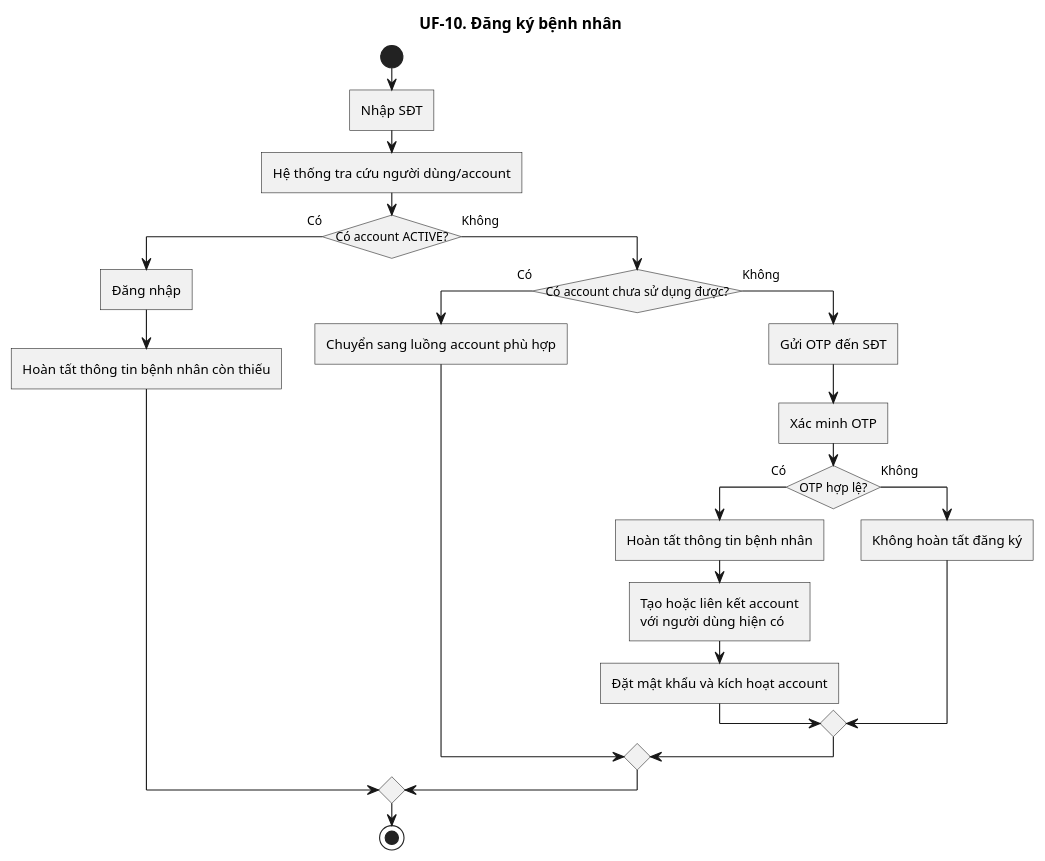
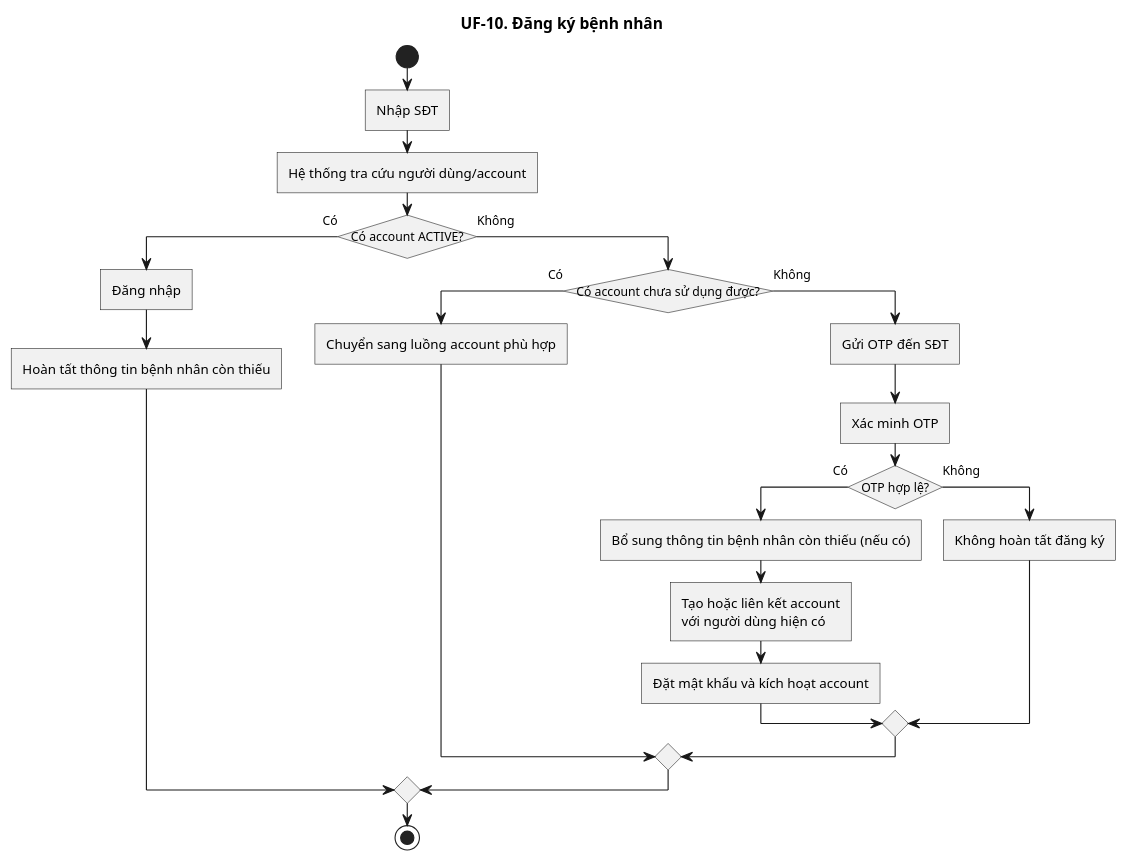
Before and after one commit to KhaVan-oi/ViClinic: the diagram in doc/user-flow/10-dang-ky-benh-nhan.puml, drawn with PlantUML. The commit also changed 6 other files, not shown here.

```diff
--- a/doc/user-flow/10-dang-ky-benh-nhan.puml
+++ b/doc/user-flow/10-dang-ky-benh-nhan.puml
@@ -1,31 +1,31 @@
 @startuml
 title UF-10. Đăng ký bệnh nhân
 skinparam linetype ortho
 skinparam shadowing false
 skinparam roundcorner 0
 skinparam conditionStyle InsideDiamond
 skinparam conditionEndStyle diamond
 start
 :Nhập SĐT;
 :Hệ thống tra cứu người dùng/account;
 if (Có account ACTIVE?) then (Có)
   :Đăng nhập;
   :Hoàn tất thông tin bệnh nhân còn thiếu;
 else (Không)
   if (Có account chưa sử dụng được?) then (Có)
     :Chuyển sang luồng account phù hợp;
   else (Không)
     :Gửi OTP đến SĐT;
     :Xác minh OTP;
     if (OTP hợp lệ?) then (Có)
-      :Hoàn tất thông tin bệnh nhân;
+      :Bổ sung thông tin bệnh nhân còn thiếu (nếu có);
       :Tạo hoặc liên kết account
 với người dùng hiện có;
       :Đặt mật khẩu và kích hoạt account;
     else (Không)
       :Không hoàn tất đăng ký;
     endif
   endif
 endif
 stop
 @enduml
```
